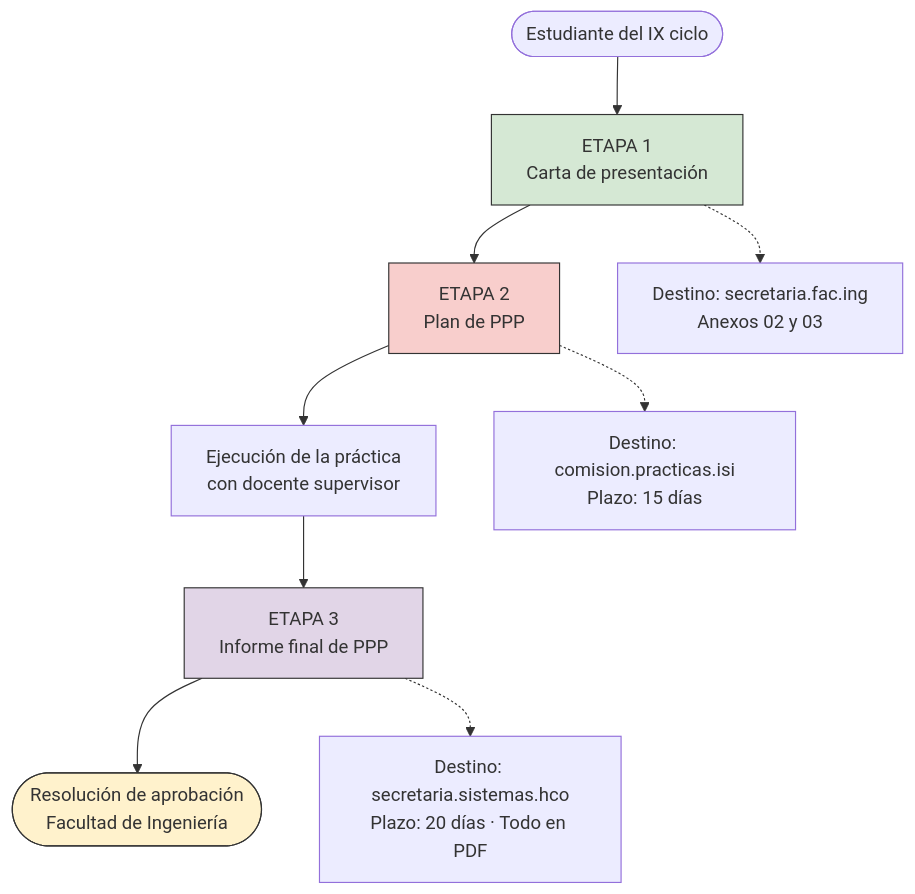
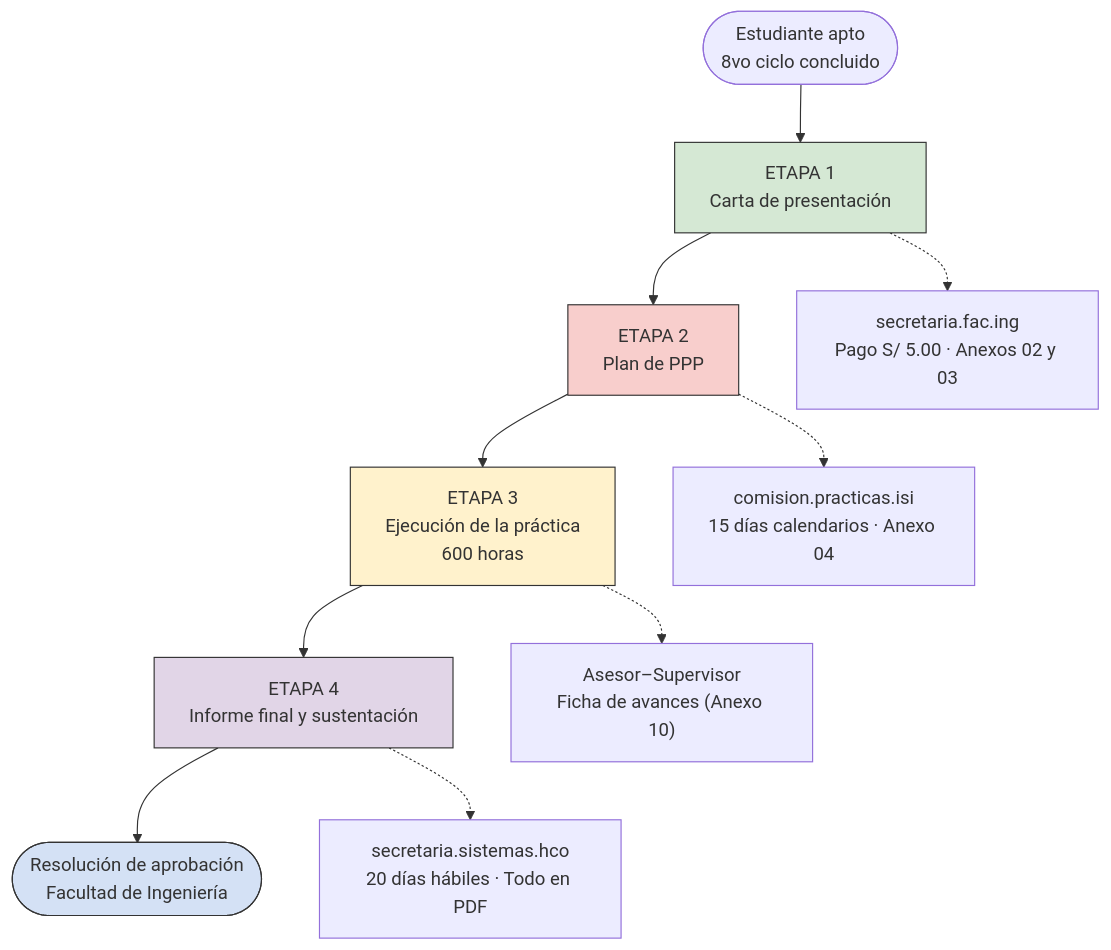
Before and after one commit to adlerOmonte1/RepositorioMD: the first of 6 diagrams in procesoPPP.md, drawn with Mermaid. The commit also changed other lines of this file, not shown here.

````diff
--- a/procesoPPP.md
+++ b/procesoPPP.md
@@ -51,17 +77,19 @@
 ```mermaid
 flowchart TD
-    A([Estudiante del IX ciclo]) --> B[ETAPA 1<br/>Carta de presentación]
+    A([Estudiante apto<br/>8vo ciclo concluido]) --> B[ETAPA 1<br/>Carta de presentación]
     B --> C[ETAPA 2<br/>Plan de PPP]
-    C --> D[Ejecución de la práctica<br/>con docente supervisor]
-    D --> E[ETAPA 3<br/>Informe final de PPP]
+    C --> D[ETAPA 3<br/>Ejecución de la práctica<br/>600 horas]
+    D --> E[ETAPA 4<br/>Informe final y sustentación]
     E --> F([Resolución de aprobación<br/>Facultad de Ingeniería])
 
-    B -.-> B1["Destino: secretaria.fac.ing<br/>Anexos 02 y 03"]
-    C -.-> C1["Destino: comision.practicas.isi<br/>Plazo: 15 días"]
-    E -.-> E1["Destino: secretaria.sistemas.hco<br/>Plazo: 20 días · Todo en PDF"]
+    B -.-> B1["secretaria.fac.ing<br/>Pago S/ 5.00 · Anexos 02 y 03"]
+    C -.-> C1["comision.practicas.isi<br/>15 días calendarios · Anexo 04"]
+    D -.-> D1["Asesor–Supervisor<br/>Ficha de avances (Anexo 10)"]
+    E -.-> E1["secretaria.sistemas.hco<br/>20 días hábiles · Todo en PDF"]
 
     style B fill:#d5e8d4,stroke:#333
     style C fill:#f8cecc,stroke:#333
+    style D fill:#fff2cc,stroke:#333
     style E fill:#e1d5e7,stroke:#333
-    style F fill:#fff2cc,stroke:#333
+    style F fill:#d4e1f5,stroke:#333
 ```
````
